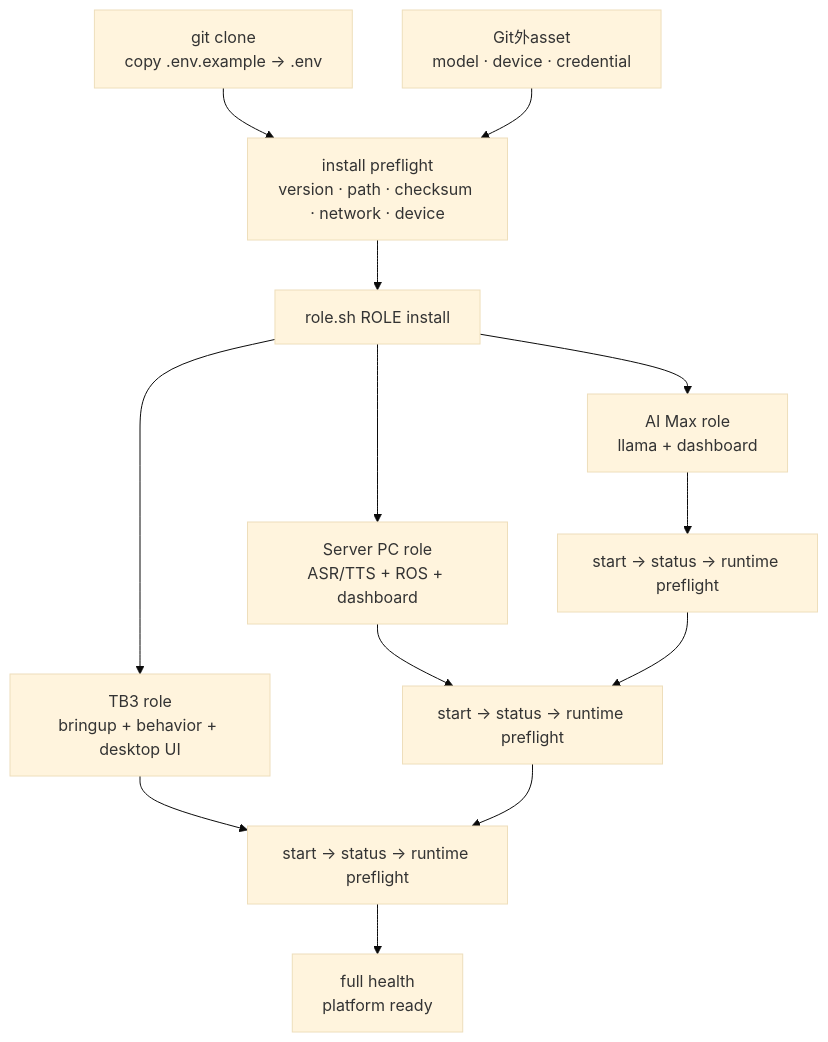
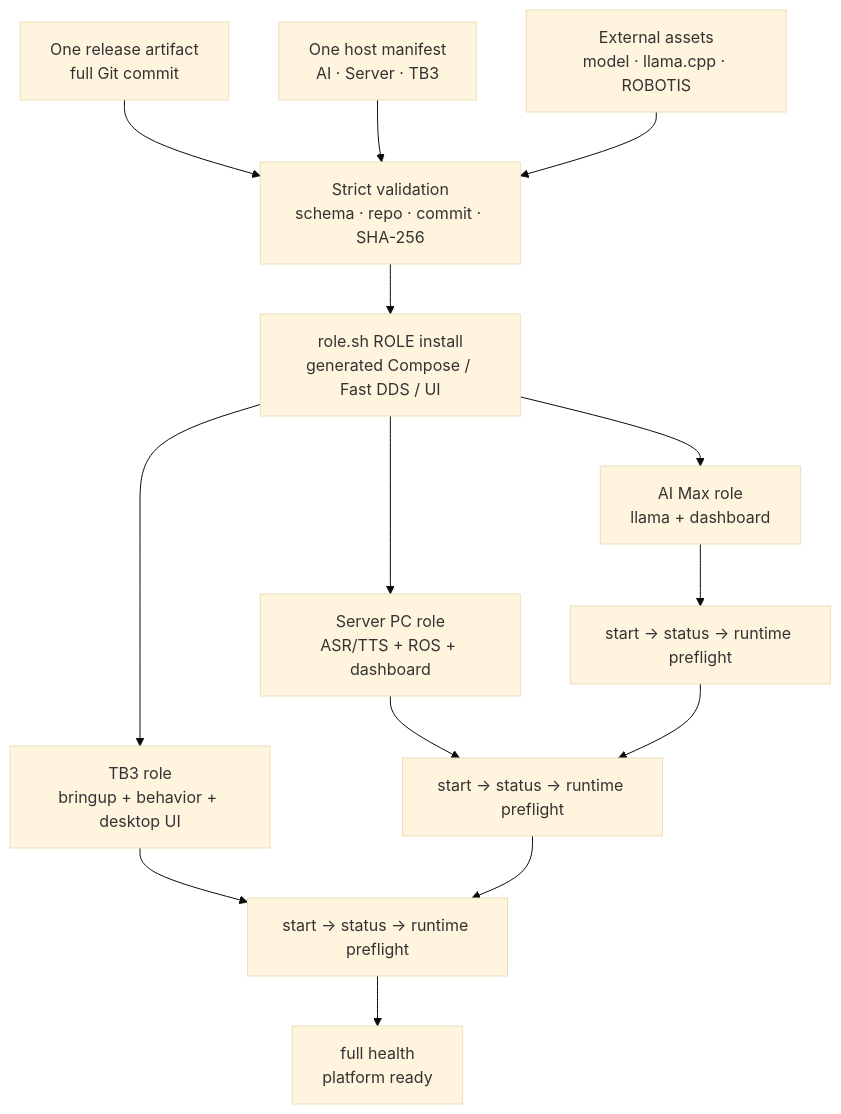
The second of 3 diagrams in docs/7-20-report.md (r1file/tb3-multimodal-interaction), drawn with Mermaid (base theme) before and after one commit. The commit also changed other lines of this file and 83 other files, not shown here.

Commit message:
refactor: make three-host deployment manifest-driven

````diff
--- a/docs/7-20-report.md
+++ b/docs/7-20-report.md
@@ -74,22 +75,24 @@
 ```mermaid
 flowchart TD
-  Repo["git clone<br/>copy .env.example → .env"]
-  Assets["Git外asset<br/>model · device · credential"]
-  Check["install preflight<br/>version · path · checksum · network · device"]
-  Install["role.sh ROLE install"]
+  Commit["One release artifact<br/>full Git commit"]
+  Manifest["One host manifest<br/>AI · Server · TB3"]
+  Assets["External assets<br/>model · llama.cpp · ROBOTIS"]
+  Check["Strict validation<br/>schema · repo · commit · SHA-256"]
+  Install["role.sh ROLE install<br/>generated Compose / Fast DDS / UI"]
   AI["AI Max role<br/>llama + dashboard"]
   Server["Server PC role<br/>ASR/TTS + ROS + dashboard"]
   TB3["TB3 role<br/>bringup + behavior + desktop UI"]
   AIV["start → status → runtime preflight"]
   ServerV["start → status → runtime preflight"]
   TB3V["start → status → runtime preflight"]
   Ready["full health<br/>platform ready"]
 
-  Repo --> Check
+  Commit --> Check
+  Manifest --> Check
   Assets --> Check
   Check --> Install
   Install --> AI --> AIV
   Install --> Server --> ServerV
   Install --> TB3 --> TB3V
   AIV --> ServerV --> TB3V --> Ready
 ```
````
